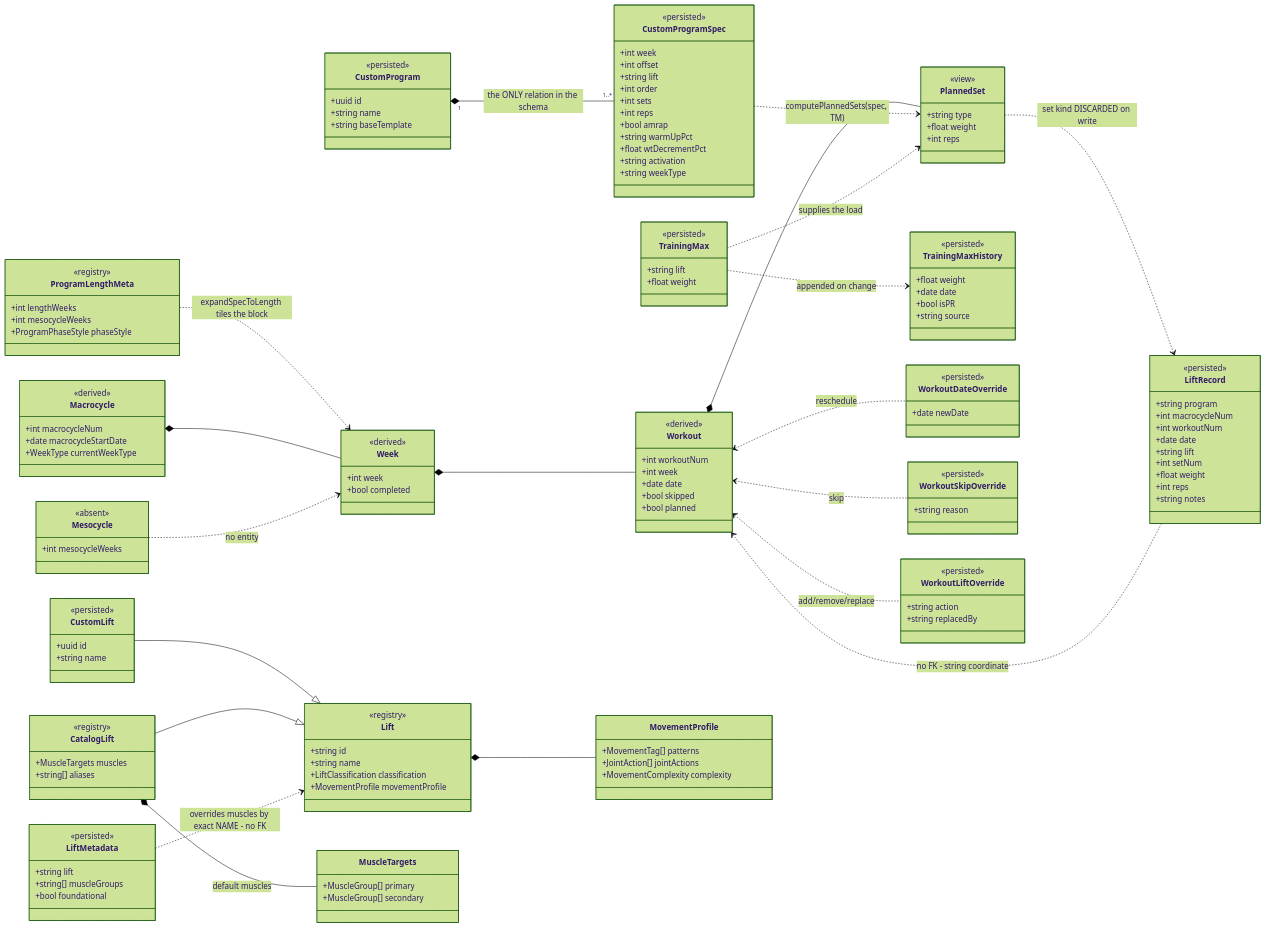
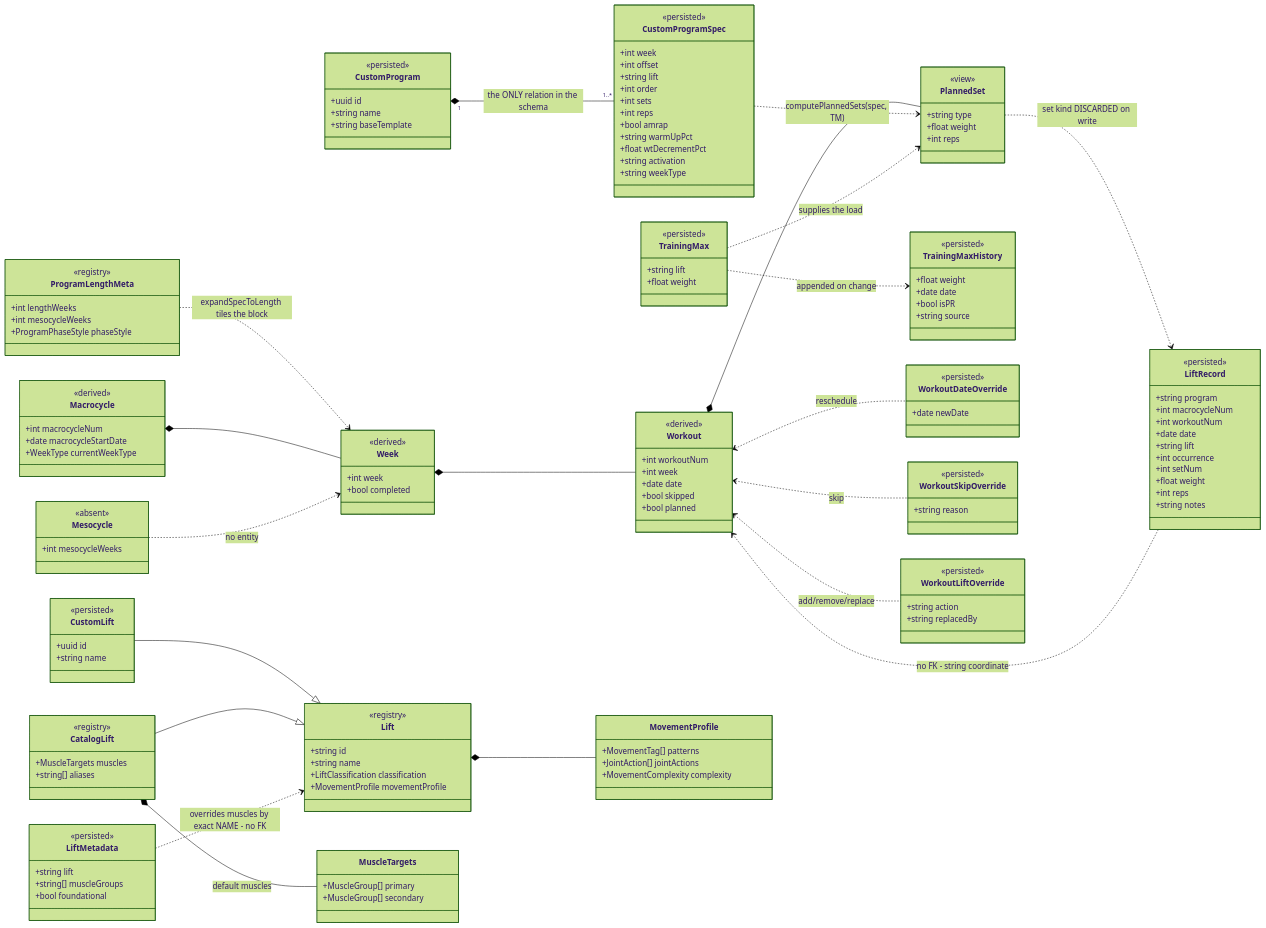
One commit to merickvaughn/lifting-logbook changed the diagram in docs/domain-model.md. Above: the diagram before and after it, drawn with Mermaid (forest theme). The commit also changed other lines of this file and 34 other files, not shown here.

```diff
--- a/docs/domain-model.md
+++ b/docs/domain-model.md
@@ -398,6 +409,7 @@
         +int workoutNum
         +date date
         +string lift
+        +int occurrence
         +int setNum
         +float weight
         +int reps
```
